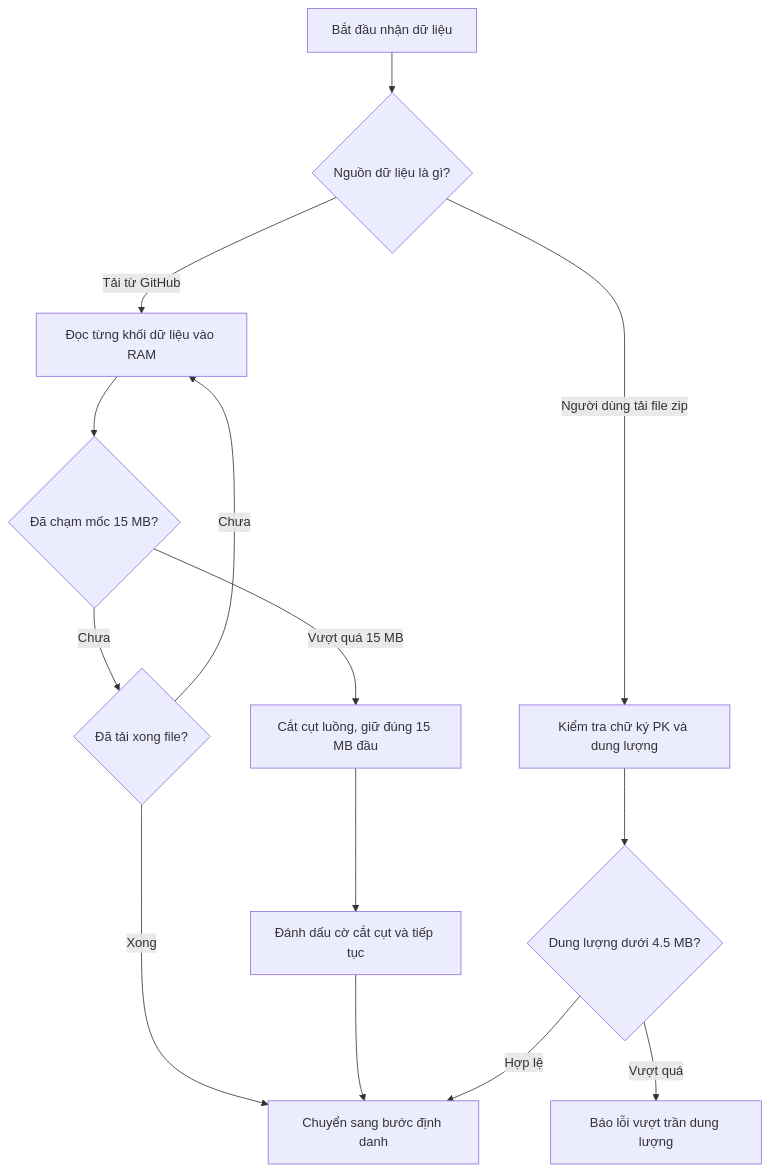
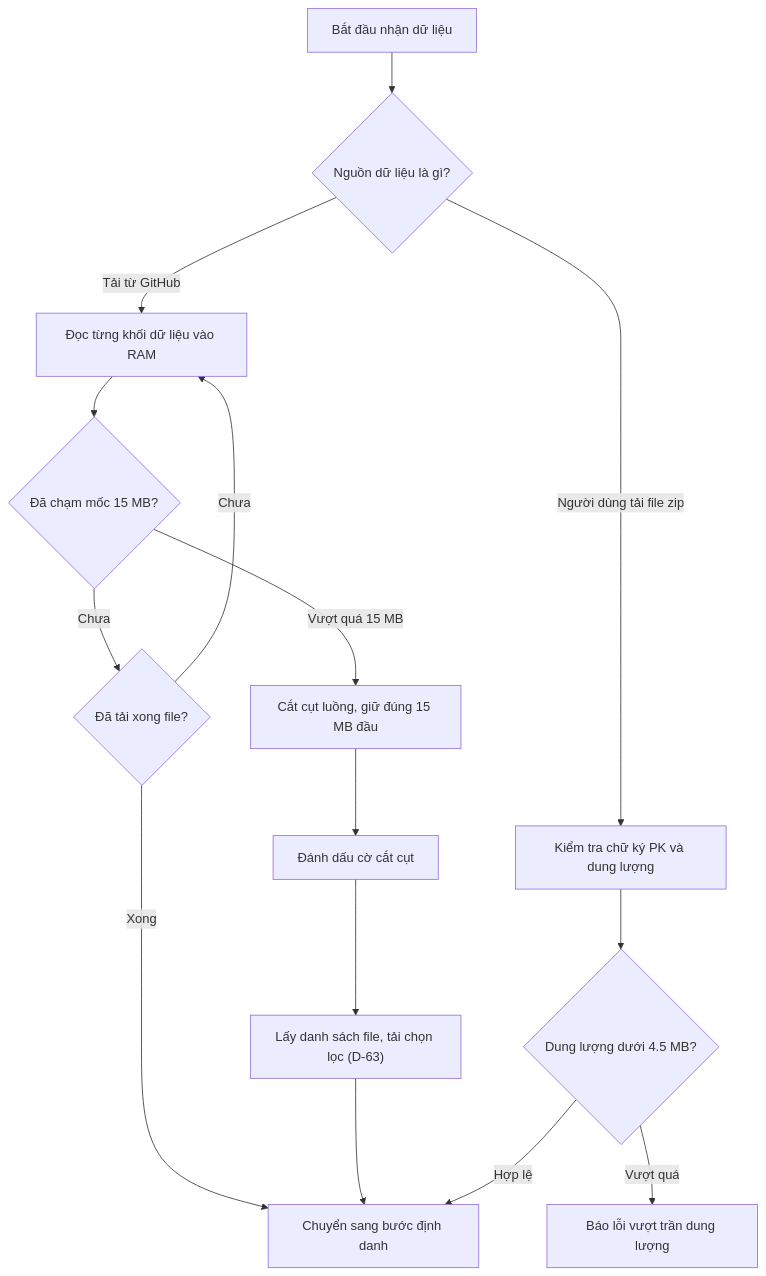
One commit to huynhthanhnhannnh-pixel/Hackathon_SGU changed the second of 14 diagrams in doc-de-hieu/02_engine.md. Above: the diagram before and after it, drawn with Mermaid. The commit also changed other lines of this file and 6 other files, not shown here.

````diff
--- a/doc-de-hieu/02_engine.md
+++ b/doc-de-hieu/02_engine.md
@@ -127,17 +127,18 @@
 ```mermaid
 flowchart TD
   START["Bắt đầu nhận dữ liệu"] --> SRC{"Nguồn dữ liệu là gì?"}
   SRC -- "Tải từ GitHub" --> STREAM["Đọc từng khối dữ liệu vào RAM"]
   STREAM --> CHK_SIZE{"Đã chạm mốc 15 MB?"}
   CHK_SIZE -- "Chưa" --> CHK_END{"Đã tải xong file?"}
   CHK_END -- "Chưa" --> STREAM
   CHK_END -- "Xong" --> NEXT["Chuyển sang bước định danh"]
   CHK_SIZE -- "Vượt quá 15 MB" --> CUT["Cắt cụt luồng, giữ đúng 15 MB đầu"]
-  CUT --> FLAG["Đánh dấu cờ cắt cụt và tiếp tục"]
-  FLAG --> NEXT
+  CUT --> FLAG["Đánh dấu cờ cắt cụt"]
+  FLAG --> SEL["Lấy danh sách file, tải chọn lọc (D-63)"]
+  SEL --> NEXT
 
   SRC -- "Người dùng tải file zip" --> UPLOAD["Kiểm tra chữ ký PK và dung lượng"]
   UPLOAD --> UPLOAD_CHK{"Dung lượng dưới 4.5 MB?"}
   UPLOAD_CHK -- "Hợp lệ" --> NEXT
   UPLOAD_CHK -- "Vượt quá" --> ERR["Báo lỗi vượt trần dung lượng"]
 ```
````
